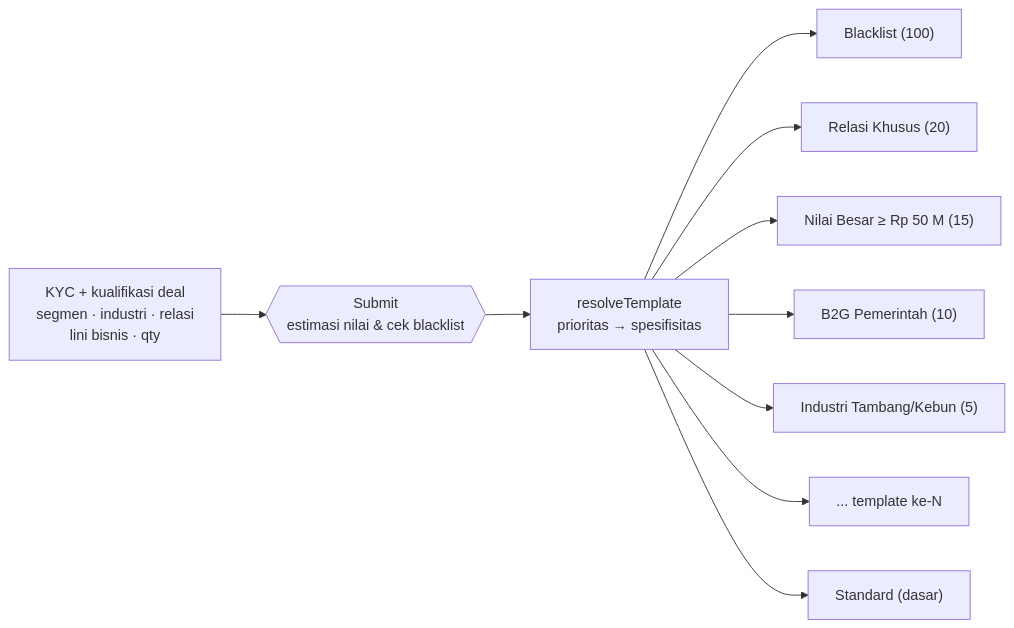
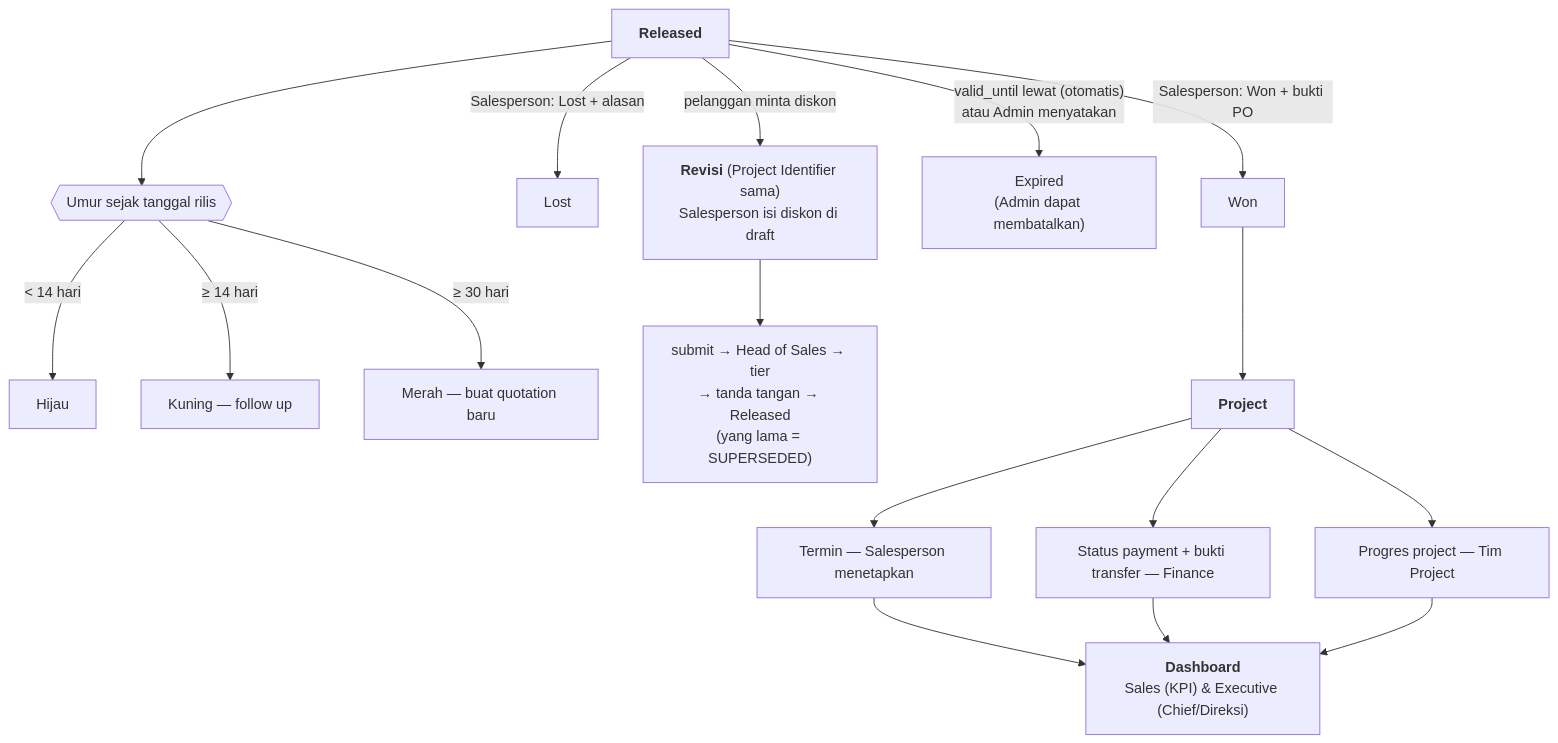
The fourth of 4 diagrams in docs/DEMO-FLOW-OVERVIEW.md (vince123890/dssvktr), drawn with Mermaid before and after one commit. The commit also changed other lines of this file and 31 other files, not shown here.

First line of the commit message:
Optional Head of Sales approval per quotation, optional signed-document attachment

````diff
--- a/docs/DEMO-FLOW-OVERVIEW.md
+++ b/docs/DEMO-FLOW-OVERVIEW.md
@@ -238,12 +193,19 @@
 ```mermaid
-flowchart LR
-    K["KYC + kualifikasi deal<br/>segmen · industri · relasi<br/>lini bisnis · qty"] --> S{{"Submit<br/>estimasi nilai & cek blacklist"}}
-    S --> R["resolveTemplate<br/>prioritas → spesifisitas"]
-    R --> T1["Blacklist (100)"]
-    R --> T2["Relasi Khusus (20)"]
-    R --> T3["Nilai Besar ≥ Rp 50 M (15)"]
-    R --> T4["B2G Pemerintah (10)"]
-    R --> T5["Industri Tambang/Kebun (5)"]
-    R --> T6["... template ke-N"]
-    R --> T0["Standard (dasar)"]
+flowchart TD
+    R["<b>Released</b>"] --> AGE{{"Umur sejak tanggal rilis"}}
+    AGE -->|"< 14 hari"| GR["Hijau"]
+    AGE -->|"≥ 14 hari"| YE["Kuning — follow up"]
+    AGE -->|"≥ 30 hari"| RD["Merah — buat quotation baru"]
+    R -->|"Salesperson: Lost + alasan"| L["Lost"]
+    R -->|"Salesperson: Won + bukti PO"| W["Won"]
+    R -->|"valid_until lewat (otomatis)<br/>atau Admin menyatakan"| EX["Expired<br/>(Admin dapat membatalkan)"]
+    R -->|"pelanggan minta diskon"| RV["<b>Revisi</b> (Project Identifier sama)<br/>Salesperson isi diskon di draft"]
+    RV --> Q["submit → Head of Sales → tier<br/>→ tanda tangan → Released<br/>(yang lama = SUPERSEDED)"]
+    W --> P["<b>Project</b>"]
+    P --> T1["Termin — Salesperson menetapkan"]
+    P --> T2["Status payment + bukti transfer — Finance"]
+    P --> T3["Progres project — Tim Project"]
+    T1 --> D["<b>Dashboard</b><br/>Sales (KPI) & Executive (Chief/Direksi)"]
+    T2 --> D
+    T3 --> D
 ```
````
